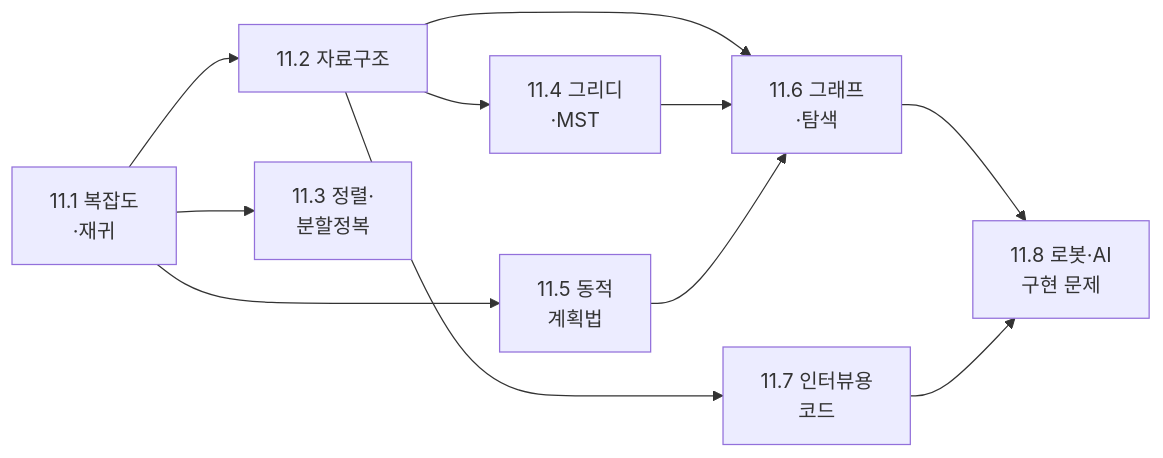
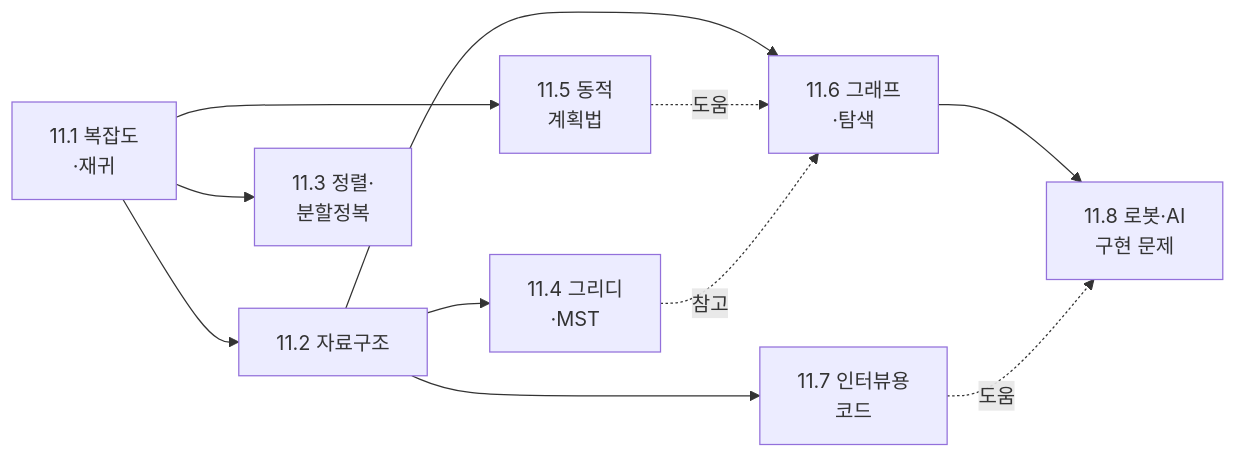
Before and after one commit to jiseop-byeon/phd-wiki: the second of 2 diagrams in content/02-foundations/algorithms/index.md, drawn with Mermaid. The commit also changed other lines of this file and 111 other files, not shown here.

````diff
--- a/content/02-foundations/algorithms/index.md
+++ b/content/02-foundations/algorithms/index.md
@@ -81,13 +83,13 @@
 ```mermaid
 flowchart LR
     C["11.1 복잡도<br/>·재귀"] --> D["11.2 자료구조"]
     C --> S["11.3 정렬·<br/>분할정복"]
     D --> G["11.4 그리디<br/>·MST"]
     C --> P["11.5 동적<br/>계획법"]
     D --> R["11.6 그래프<br/>·탐색"]
-    G --> R
-    P --> R
+    P -.->|"도움"| R
+    G -.->|"참고"| R
     R --> I["11.8 로봇·AI<br/>구현 문제"]
     D --> W["11.7 인터뷰용<br/>코드"]
-    W --> I
+    W -.->|"도움"| I
 ```
````
